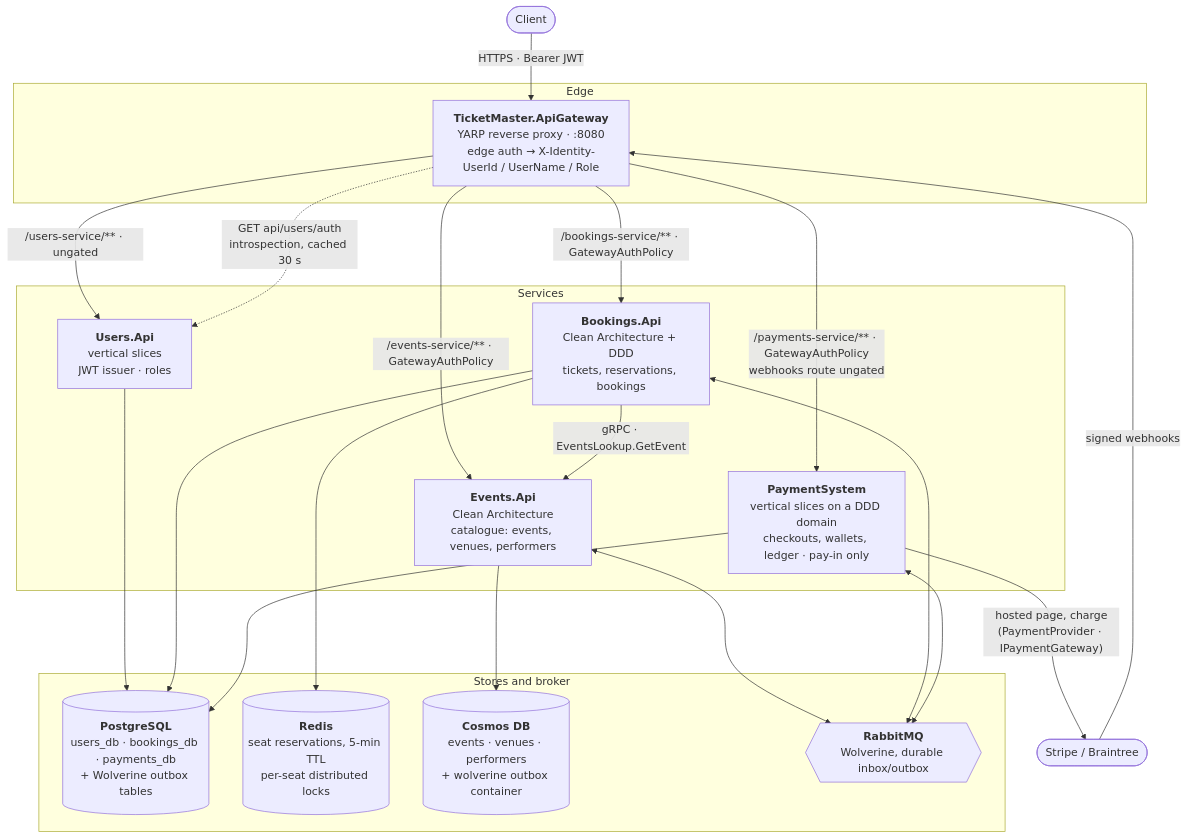
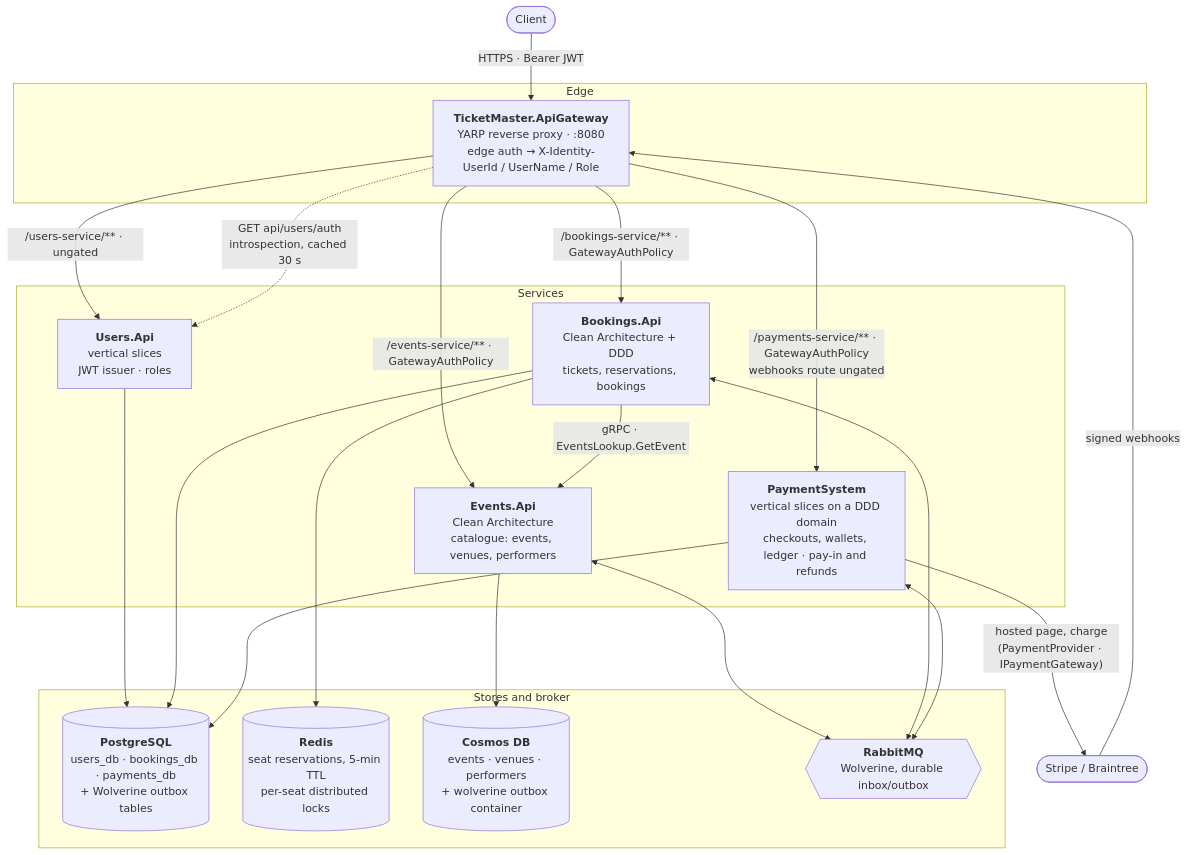
The first of 3 diagrams in README.md (akmgr5544/TicketMaster), drawn with Mermaid before and after one commit. The commit also changed other lines of this file and 15 other files, not shown here.

````diff
--- a/README.md
+++ b/README.md
@@ -32,42 +32,42 @@
 ```mermaid
 flowchart TB
     client(["Client"])
     psp(["Stripe / Braintree"])
 
     subgraph edge["Edge"]
         gateway["<b>TicketMaster.ApiGateway</b><br/>YARP reverse proxy · :8080<br/>edge auth → X-Identity-UserId / UserName / Role"]
     end
 
     subgraph services["Services"]
         users["<b>Users.Api</b><br/>vertical slices<br/>JWT issuer · roles"]
         events["<b>Events.Api</b><br/>Clean Architecture<br/>catalogue: events, venues, performers"]
         bookings["<b>Bookings.Api</b><br/>Clean Architecture + DDD<br/>tickets, reservations, bookings"]
-        payments["<b>PaymentSystem</b><br/>vertical slices on a DDD domain<br/>checkouts, wallets, ledger · pay-in only"]
+        payments["<b>PaymentSystem</b><br/>vertical slices on a DDD domain<br/>checkouts, wallets, ledger · pay-in and refunds"]
     end
 
     subgraph data["Stores and broker"]
         postgres[("<b>PostgreSQL</b><br/>users_db · bookings_db · payments_db<br/>+ Wolverine outbox tables")]
         redis[("<b>Redis</b><br/>seat reservations, 5-min TTL<br/>per-seat distributed locks")]
         cosmos[("<b>Cosmos DB</b><br/>events · venues · performers<br/>+ wolverine outbox container")]
         broker{{"<b>RabbitMQ</b><br/>Wolverine, durable inbox/outbox"}}
     end
 
     client -- "HTTPS · Bearer JWT" --> gateway
     gateway -- "/users-service/** · ungated" --> users
     gateway -. "GET api/users/auth<br/>introspection, cached 30 s" .-> users
     gateway -- "/events-service/** · GatewayAuthPolicy" --> events
     gateway -- "/bookings-service/** · GatewayAuthPolicy" --> bookings
     gateway -- "/payments-service/** · GatewayAuthPolicy<br/>webhooks route ungated" --> payments
     psp -- "signed webhooks" --> gateway
     payments -- "hosted page, charge<br/>(PaymentProvider · IPaymentGateway)" --> psp
     bookings -- "gRPC · EventsLookup.GetEvent" --> events
 
     users --> postgres
     bookings --> postgres
     bookings --> redis
     payments --> postgres
     events --> cosmos
     events <--> broker
     bookings <--> broker
     payments <--> broker
 ```
````
